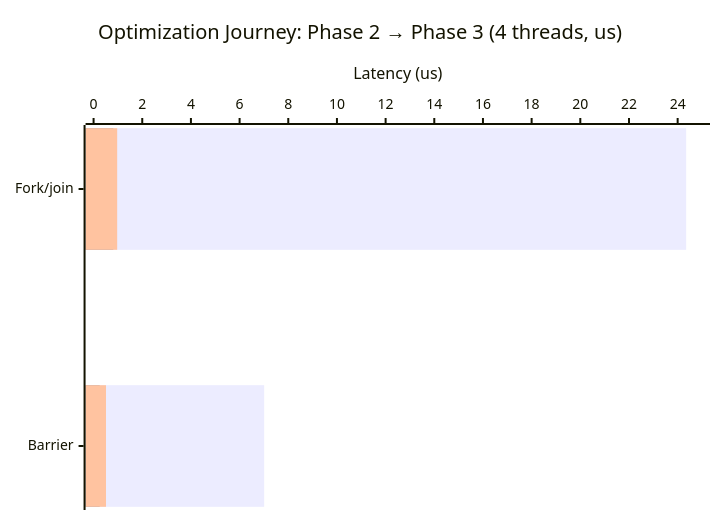
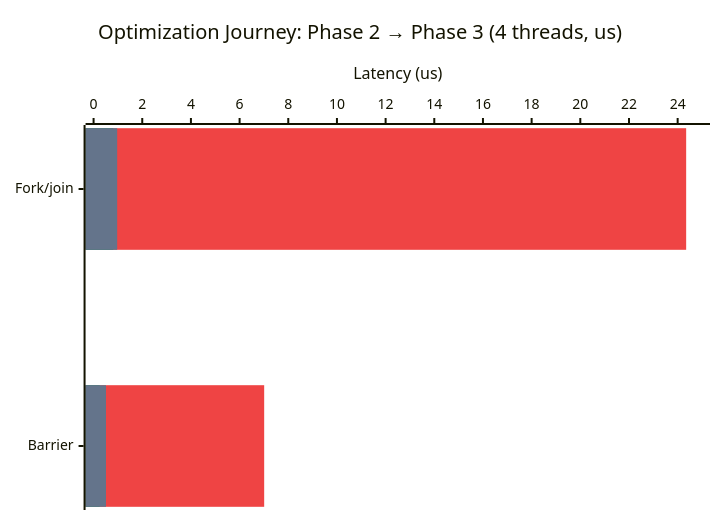
Before and after one commit to jhhuh/ghc-openmp: the second of 6 diagrams in docs/index.md, drawn with Mermaid. The commit also changed other lines of this file and 3 other files, not shown here.

First line of the commit message:
Improve chart aesthetics and add local docs preview

```diff
--- a/docs/index.md
+++ b/docs/index.md
@@ -319,9 +319,10 @@
 <pre class="mermaid">
+%%{init: {'theme':'neutral','themeVariables':{'xyChart':{'plotColorPalette':'#ef4444,#059669,#64748b'}}}}%%
 xychart-beta horizontal
   title "Optimization Journey: Phase 2 → Phase 3 (4 threads, us)"
   x-axis ["Fork/join", "Barrier"]
   y-axis "Latency (us)" 0 --> 25
   bar "Phase 2 (mutex+condvar)" [24.35, 7.01]
   bar "Phase 3 (lock-free)" [0.81, 0.25]
   bar "Native libgomp" [0.97, 0.51]
 </pre>
```
